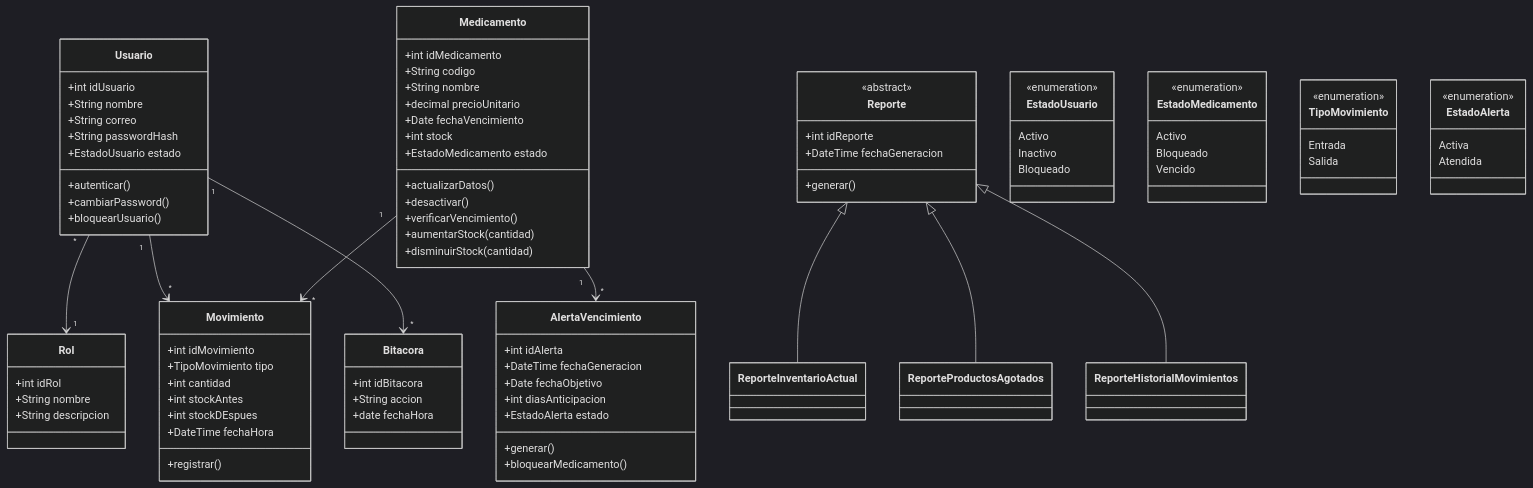
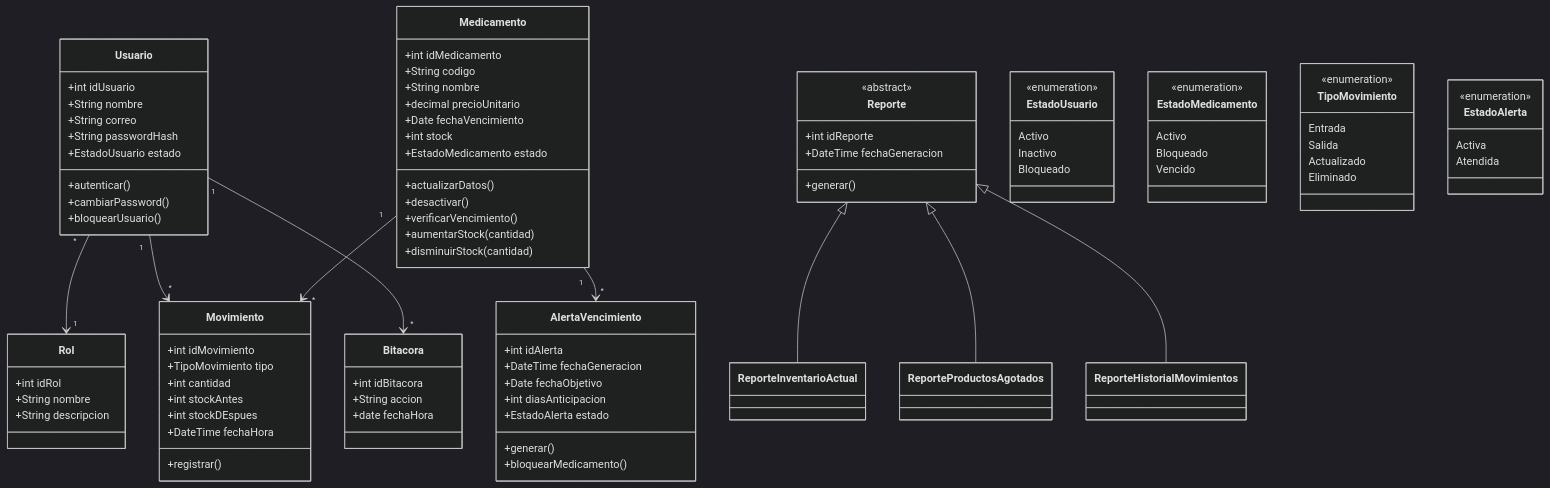
The first of 4 diagrams in README.md (jose6668/FarmaExpres-Diagramas), drawn with Mermaid (dark theme) before and after one commit. The commit also changed other lines of this file, not shown here.

Commit message:
(fix: diagram correction)

```diff
--- a/README.md
+++ b/README.md
@@ -102,6 +102,8 @@
     <<enumeration>>
     Entrada
     Salida
+    Actualizado
+    Eliminado
 }
 
 class EstadoAlerta {
```
